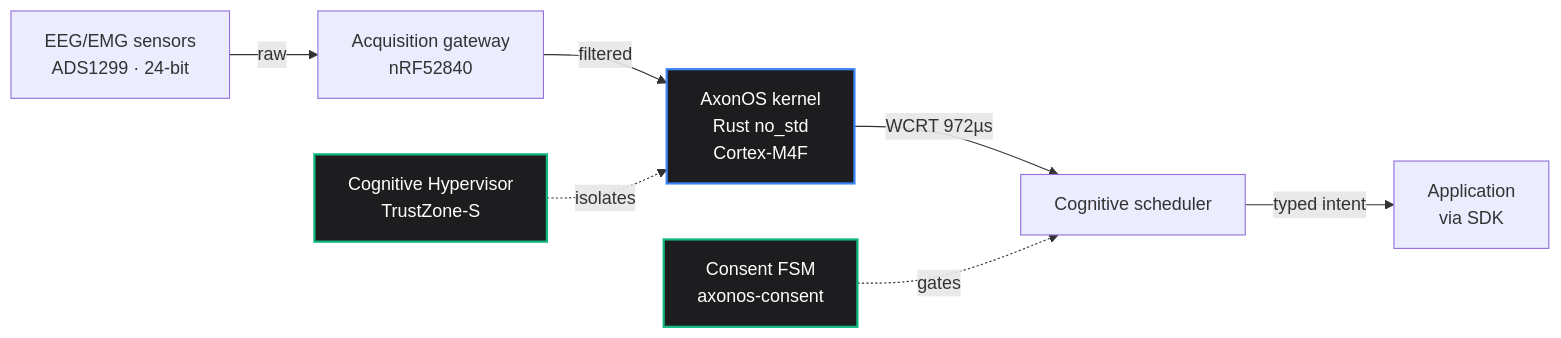
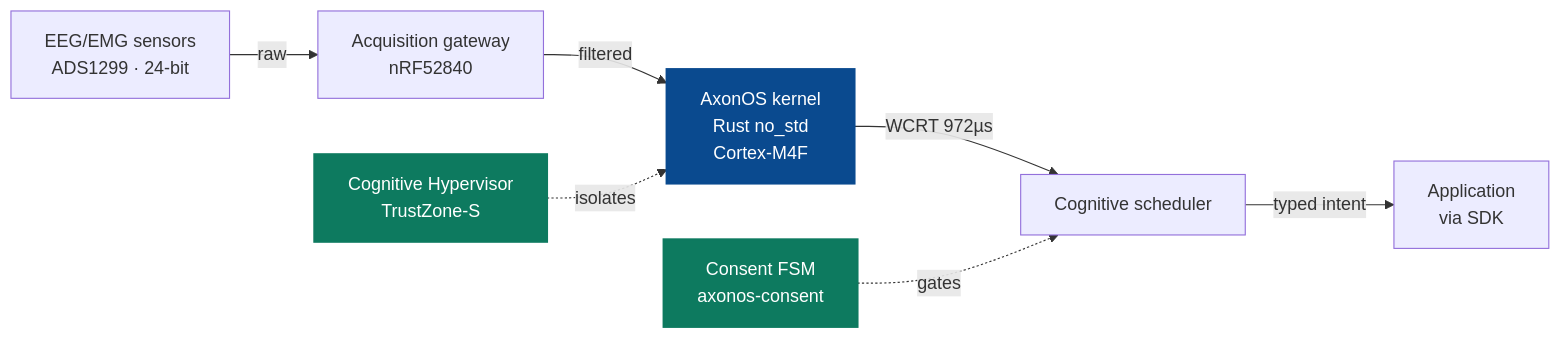
Before and after one commit to AxonOS-org/.github: the diagram in profile/README.md, drawn with Mermaid. The commit also changed other lines of this file and 8 other files, not shown here.

````diff
--- a/profile/README.md
+++ b/profile/README.md
@@ -99,14 +99,14 @@
 ```mermaid
 flowchart LR
     A[EEG/EMG sensors<br/>ADS1299 · 24-bit] -->|raw| B[Acquisition gateway<br/>nRF52840]
     B -->|filtered| C[AxonOS kernel<br/>Rust no_std<br/>Cortex-M4F]
     C -->|WCRT 972µs| D[Cognitive scheduler]
     D -->|typed intent| E[Application<br/>via SDK]
     F[Cognitive Hypervisor<br/>TrustZone-S] -.->|isolates| C
     G[Consent FSM<br/>axonos-consent] -.->|gates| D
 
-    classDef kernel fill:#1d1d1f,stroke:#3b82f6,color:#fff,stroke-width:2px
-    classDef secure fill:#1d1d1f,stroke:#10b981,color:#fff,stroke-width:2px
+    classDef kernel fill:#0a4a8f,stroke:#0a4a8f,color:#fff,stroke-width:2px
+    classDef secure fill:#0d7a5f,stroke:#0d7a5f,color:#fff,stroke-width:2px
     class C kernel
     class F,G secure
 ```
````
